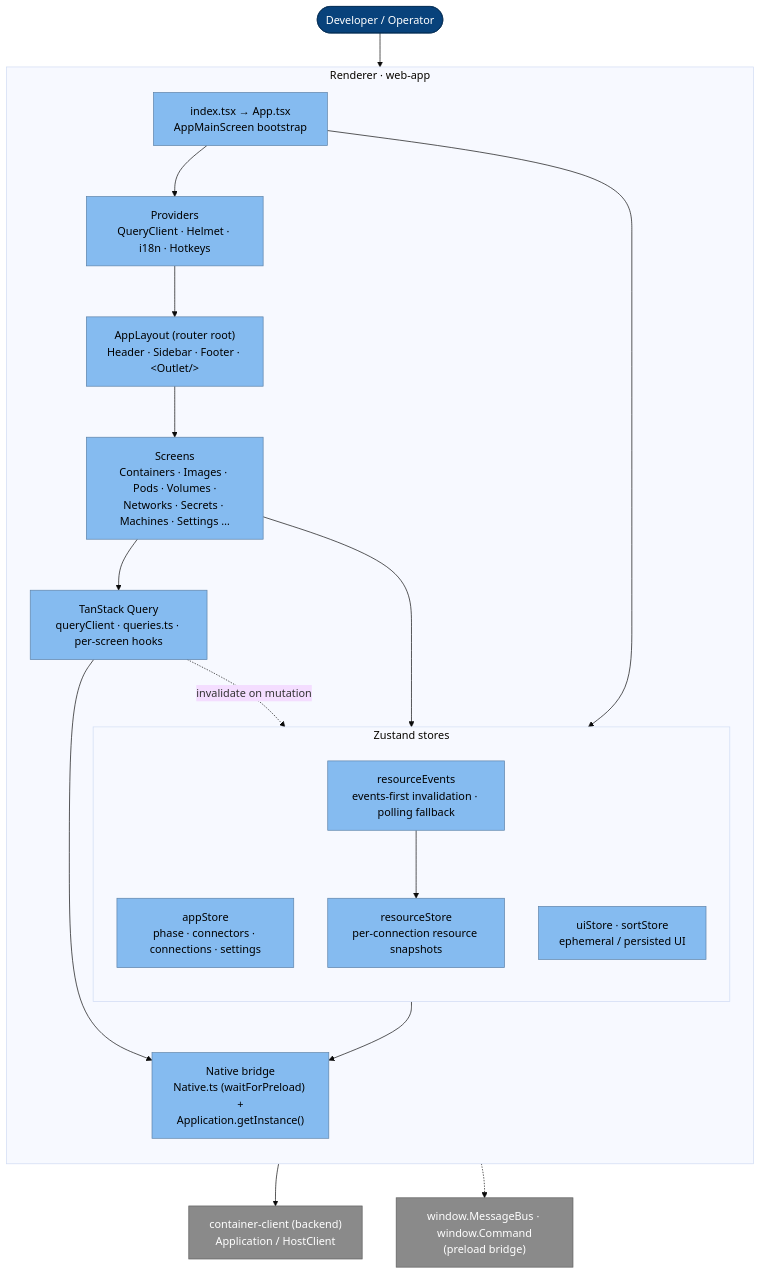
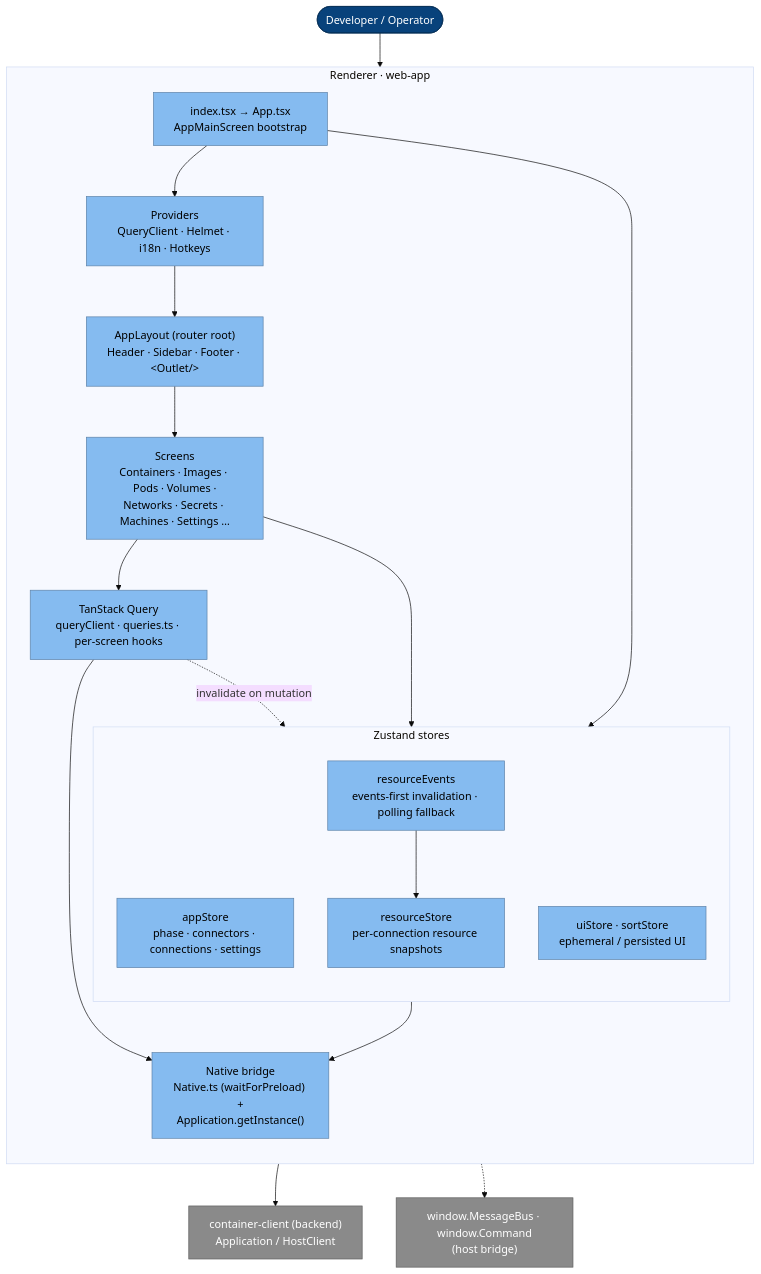
The diagram in docs/architecture/frontend.md (iongion/container-desktop), drawn with Mermaid (base theme) before and after one commit. The commit also changed other lines of this file and 1901 other files, not shown here.

````diff
--- a/docs/architecture/frontend.md
+++ b/docs/architecture/frontend.md
@@ -14,41 +14,41 @@
 ```mermaid
 flowchart TB
   user([Developer / Operator]):::person
 
   subgraph renderer[Renderer · web-app]
     direction TB
     boot["index.tsx → App.tsx<br/>AppMainScreen bootstrap"]:::component
     providers["Providers<br/>QueryClient · Helmet · i18n · Hotkeys"]:::component
     layout["AppLayout (router root)<br/>Header · Sidebar · Footer · &lt;Outlet/&gt;"]:::component
     screens["Screens<br/>Containers · Images · Pods · Volumes ·<br/>Networks · Secrets · Machines · Settings …"]:::component
 
     subgraph state[Zustand stores]
       direction TB
       appStore["appStore<br/>phase · connectors · connections · settings"]:::component
       resourceStore["resourceStore<br/>per-connection resource snapshots"]:::component
       resourceEvents["resourceEvents<br/>events-first invalidation · polling fallback"]:::component
       uiStore["uiStore · sortStore<br/>ephemeral / persisted UI"]:::component
     end
 
     query["TanStack Query<br/>queryClient · queries.ts · per-screen hooks"]:::component
     native["Native bridge<br/>Native.ts (waitForPreload) +<br/>Application.getInstance()"]:::component
   end
 
   backend["container-client (backend)<br/>Application / HostClient"]:::external
-  bus["window.MessageBus · window.Command<br/>(preload bridge)"]:::external
+  bus["window.MessageBus · window.Command<br/>(host bridge)"]:::external
 
   user --> boot --> providers --> layout --> screens
   boot --> appStore
   screens --> query
   screens --> uiStore
   query --> native
   appStore --> native
   resourceEvents --> resourceStore
   query -.->|invalidate on mutation| resourceEvents
   native --> backend
   native -.-> bus
 
   classDef person fill:#08427b,color:#fff,stroke:#052e56;
   classDef component fill:#85bbf0,color:#000,stroke:#5d82a8;
   classDef external fill:#8a8a8a,color:#fff,stroke:#5e5e5e;
 ```
````
